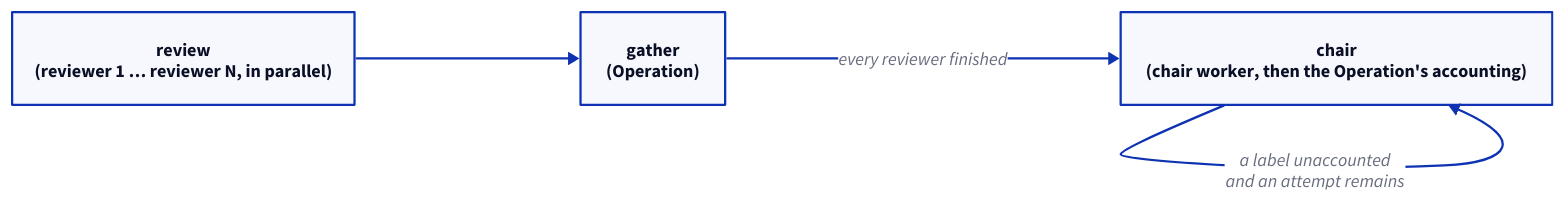
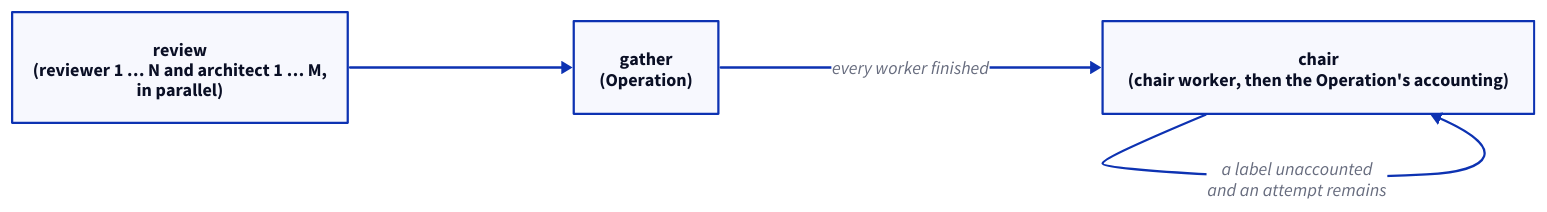
Before and after one commit to FTOD/concorde: the diagram in specs/concorde/spec-tooling/spec-review/panel.md, drawn with D2. The commit also changed other lines of this file and 28 other files, not shown here.

First line of the commit message:
Report review findings as Issues and add architects to spec_panel

````diff
--- a/specs/concorde/spec-tooling/spec-review/panel.md
+++ b/specs/concorde/spec-tooling/spec-review/panel.md
@@ -44,9 +47,9 @@
 ```d2 illustrative
 direction: right
-review: "review\n(reviewer 1 … reviewer N, in parallel)"
+review: "review\n(reviewer 1 … N and architect 1 … M,\nin parallel)"
 gather: "gather\n(Operation)"
 chair: "chair\n(chair worker, then the Operation's accounting)"
 review -> gather
-gather -> chair: every reviewer finished
+gather -> chair: every worker finished
 chair -> chair: "a label unaccounted\nand an attempt remains"
 ```
````
